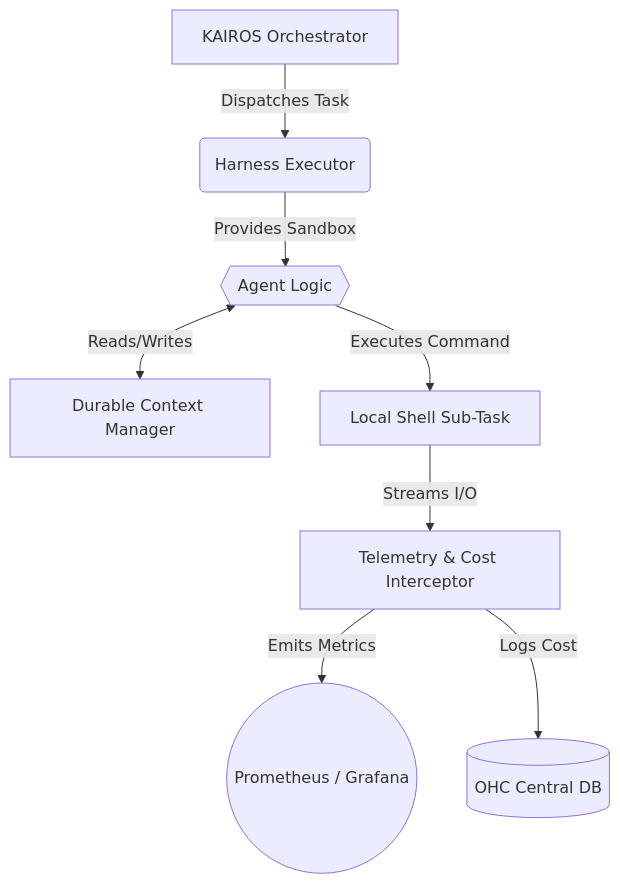
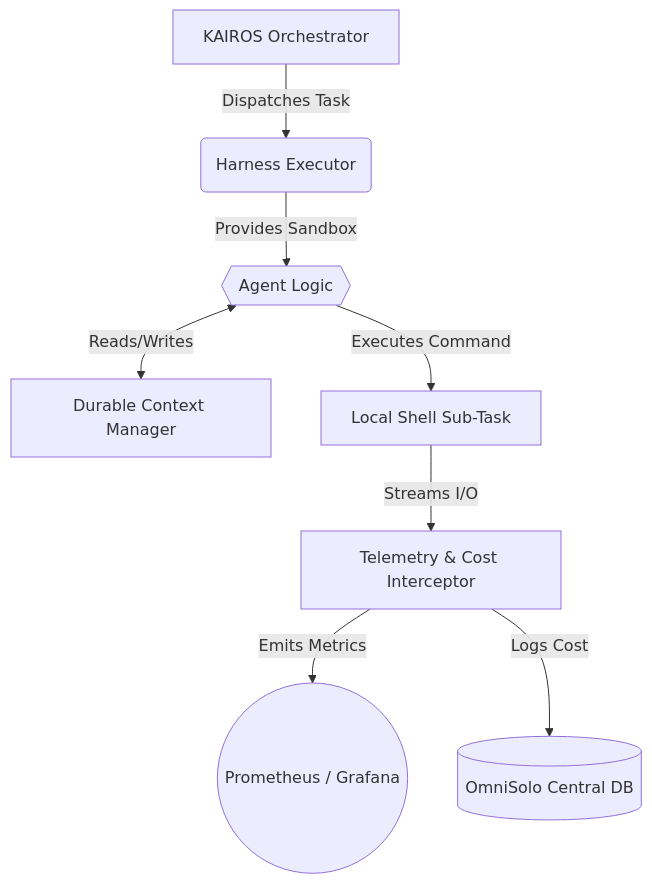
One commit to omnisolo-llc/onehumancorp changed the diagram in docs/technical/architecture/research/agent-harness-class.md. Above: the diagram before and after it, drawn with Mermaid. The commit also changed other lines of this file and 2191 other files, not shown here.

Commit message:
feat: complete OmniSolo rename and browser audit

````diff
--- a/docs/technical/architecture/research/agent-harness-class.md
+++ b/docs/technical/architecture/research/agent-harness-class.md
@@ -29,10 +29,10 @@
 ```mermaid
 graph TD
     A[KAIROS Orchestrator] -->|Dispatches Task| B(Harness Executor)
     B -->|Provides Sandbox| C{{Agent Logic}}
     C <-->|Reads/Writes| D[Durable Context Manager]
     C -->|Executes Command| E[Local Shell Sub-Task]
     E -->|Streams I/O| F[Telemetry & Cost Interceptor]
     F -->|Emits Metrics| G((Prometheus / Grafana))
-    F -->|Logs Cost| H[(OHC Central DB)]
+    F -->|Logs Cost| H[(OmniSolo Central DB)]
 ```
````
